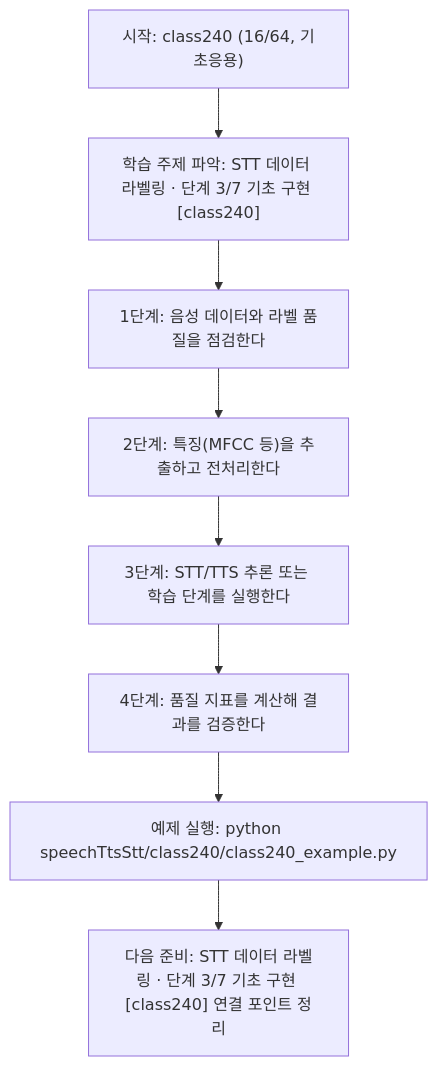
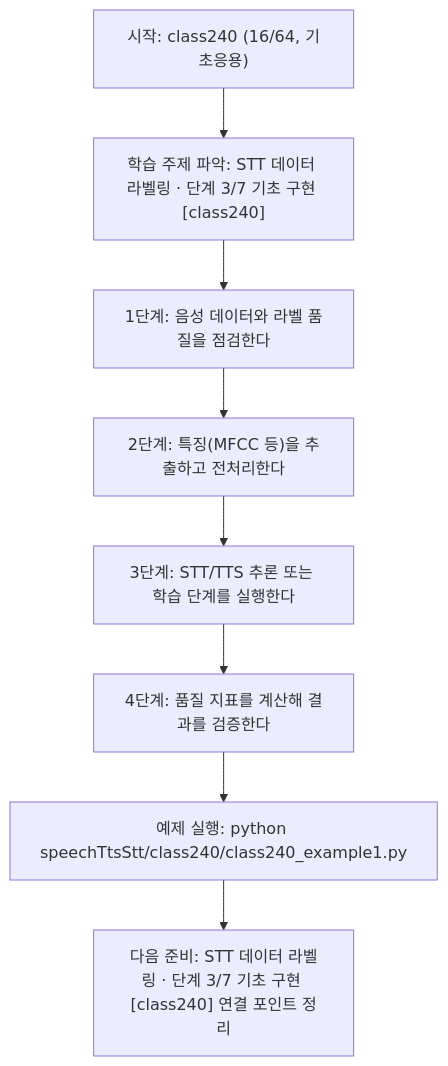
Before and after one commit to edumgt/Python-AI_Agent-Class: the diagram in speechTtsStt/class240/class240.md, drawn with Mermaid. The commit also changed other lines of this file and 2959 other files, not shown here.

````diff
--- a/speechTtsStt/class240/class240.md
+++ b/speechTtsStt/class240/class240.md
@@ -114,18 +114,18 @@
 ```mermaid
 flowchart TD
 N1["시작: class240 (16/64, 기초응용)"]
 N2["학습 주제 파악: STT 데이터 라벨링 · 단계 3/7 기초 구현 [class240]"]
 N3["1단계: 음성 데이터와 라벨 품질을 점검한다"]
 N4["2단계: 특징(MFCC 등)을 추출하고 전처리한다"]
 N5["3단계: STT/TTS 추론 또는 학습 단계를 실행한다"]
 N6["4단계: 품질 지표를 계산해 결과를 검증한다"]
-N7["예제 실행: python speechTtsStt/class240/class240_example.py"]
+N7["예제 실행: python speechTtsStt/class240/class240_example1.py"]
 N8["다음 준비: STT 데이터 라벨링 · 단계 3/7 기초 구현 [class240] 연결 포인트 정리"]
 N1 --> N2
 N2 --> N3
 N3 --> N4
 N4 --> N5
 N5 --> N6
 N6 --> N7
 N7 --> N8
 ```
````
